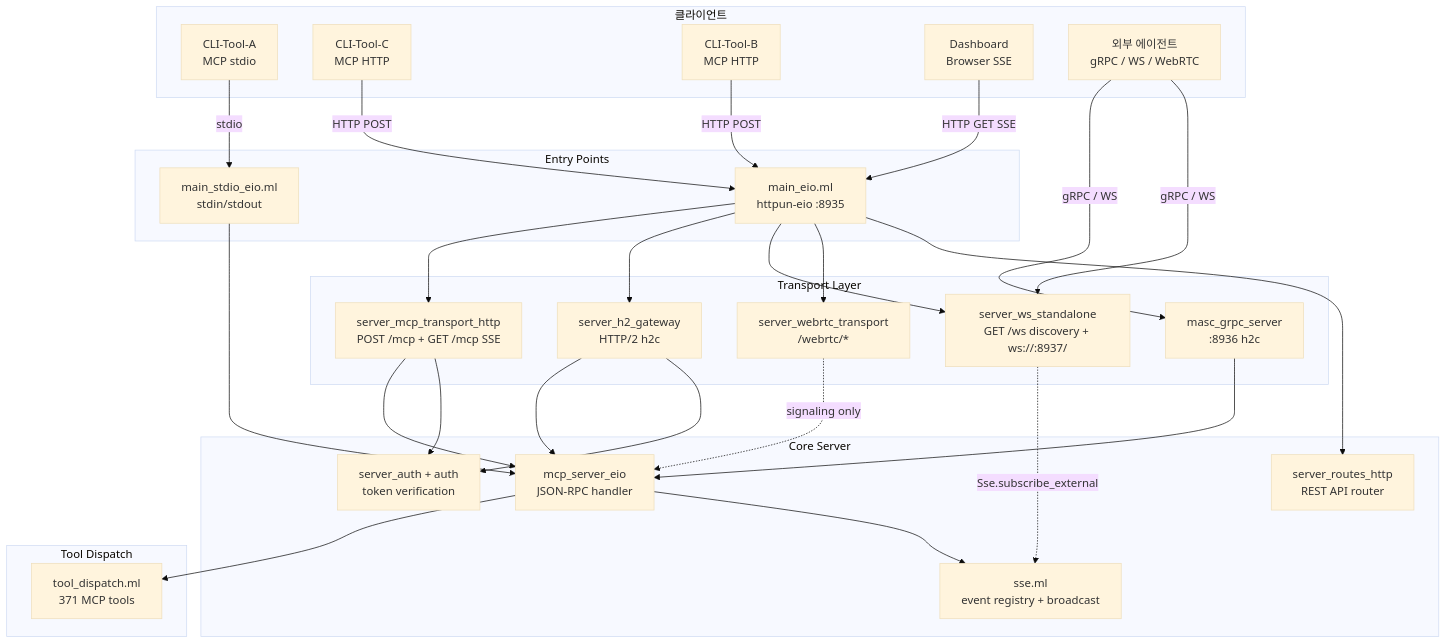
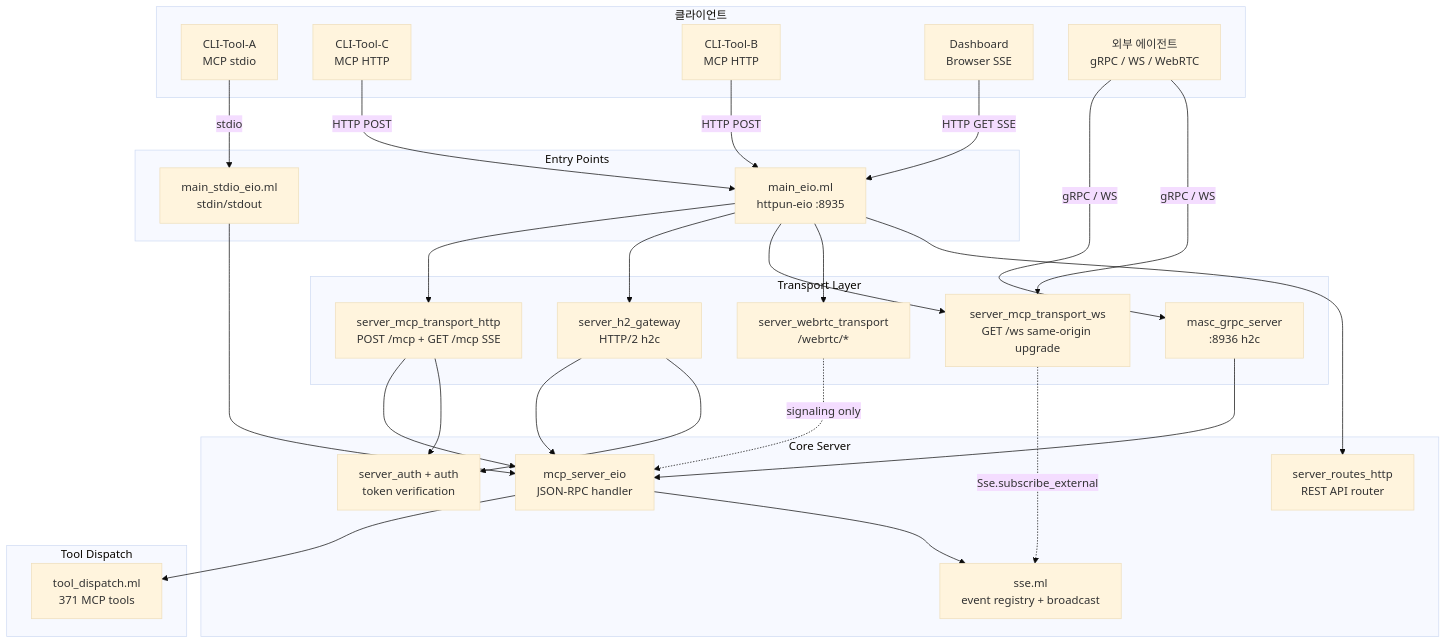
One commit to jeong-sik/masc changed the first of 3 diagrams in docs/spec/09-server-transport.md. Above: the diagram before and after it, drawn with Mermaid (base theme). The commit also changed other lines of this file and 22 other files, not shown here.

First line of the commit message:
refactor(transport): drop the standalone WebSocket listener on :8937

````diff
--- a/docs/spec/09-server-transport.md
+++ b/docs/spec/09-server-transport.md
@@ -44,53 +44,53 @@
 ```mermaid
 graph TB
     subgraph Clients["클라이언트"]
         CC[CLI-Tool-A<br/>MCP stdio]
         GC[CLI-Tool-C<br/>MCP HTTP]
         CX[CLI-Tool-B<br/>MCP HTTP]
         DB[Dashboard<br/>Browser SSE]
         EXT[외부 에이전트<br/>gRPC / WS / WebRTC]
     end
 
     subgraph EntryPoints["Entry Points"]
         STDIO[main_stdio_eio.ml<br/>stdin/stdout]
         HTTP[main_eio.ml<br/>httpun-eio :8935]
     end
 
     subgraph TransportLayer["Transport Layer"]
         MCP_HTTP[server_mcp_transport_http<br/>POST /mcp + GET /mcp SSE]
         H2_GW[server_h2_gateway<br/>HTTP/2 h2c]
-        WS_T[server_ws_standalone<br/>GET /ws discovery + ws://:8937/]
+        WS_T[server_mcp_transport_ws<br/>GET /ws same-origin upgrade]
         GRPC_S[masc_grpc_server<br/>:8936 h2c]
         WEBRTC[server_webrtc_transport<br/>/webrtc/*]
     end
 
     subgraph CoreServer["Core Server"]
         MCP_EIO[mcp_server_eio<br/>JSON-RPC handler]
         SSE_MOD[sse.ml<br/>event registry + broadcast]
         AUTH[server_auth + auth<br/>token verification]
         ROUTES[server_routes_http<br/>REST API router]
     end
 
     subgraph Dispatch["Tool Dispatch"]
         TD[tool_dispatch.ml<br/>371 MCP tools]
     end
 
     CC -->|stdio| STDIO
     GC -->|HTTP POST| HTTP
     CX -->|HTTP POST| HTTP
     DB -->|HTTP GET SSE| HTTP
     EXT -->|gRPC / WS| GRPC_S & WS_T
 
     STDIO --> MCP_EIO
     HTTP --> MCP_HTTP & H2_GW & WS_T & WEBRTC & ROUTES
     MCP_HTTP --> MCP_EIO
     H2_GW --> MCP_EIO
     WS_T -.->|Sse.subscribe_external| SSE_MOD
     GRPC_S --> MCP_EIO
     WEBRTC -.->|signaling only| MCP_EIO
 
     MCP_EIO --> TD
     MCP_EIO --> SSE_MOD
     MCP_HTTP --> AUTH
     H2_GW --> AUTH
 ```
````
